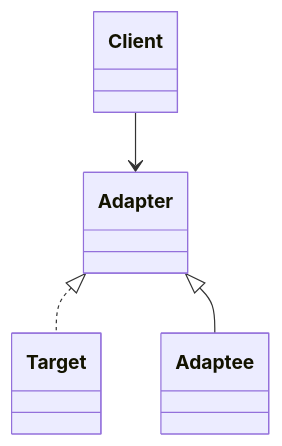
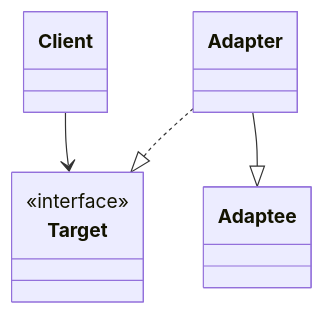
The diagram in src/adapter_pattern/README.md (Ubugeeei/GoF-deno), drawn with Mermaid before and after one commit.

Commit message:
fix Adapter Pattern explain

````diff
--- a/src/adapter_pattern/README.md
+++ b/src/adapter_pattern/README.md
@@ -4,6 +4,10 @@
 ```mermaid
 classDiagram
-Client --> Adapter
-Adapter <|..Target
-Adapter <|-- Adaptee
+Client --> Target
+
+class Target {
+    <<interface>>
+}
+Adapter ..|> Target
+Adapter --|> Adaptee
 ```
````
